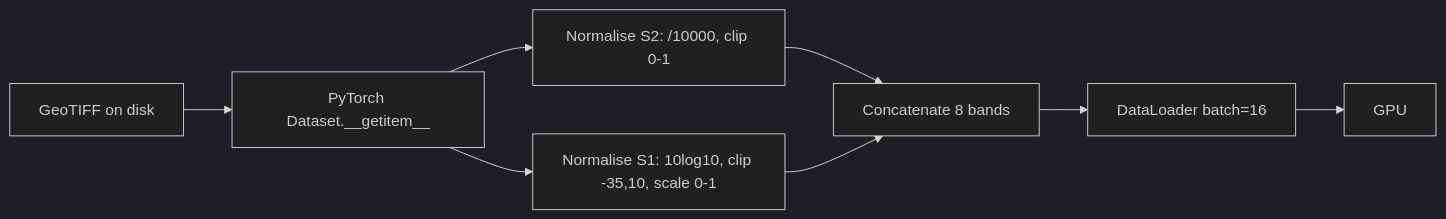
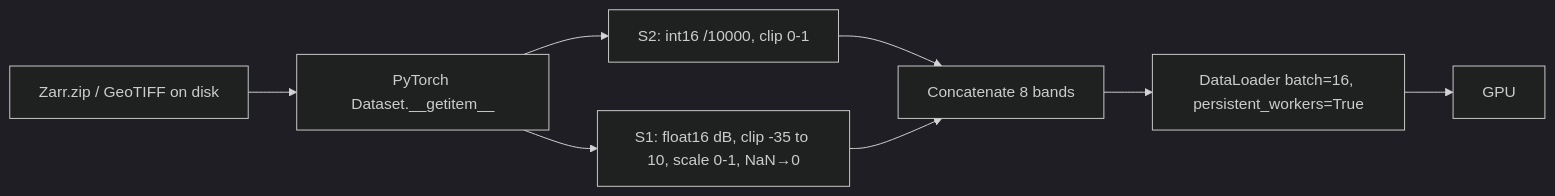
One commit to csiro-easi/easi-firescars changed the second of 2 diagrams in engineering-plan.md. Above: the diagram before and after it, drawn with Mermaid (dark theme). The commit also changed other lines of this file and 4 other files, not shown here.

````diff
--- a/engineering-plan.md
+++ b/engineering-plan.md
@@ -82,10 +86,10 @@
 ```mermaid
 flowchart LR
-    A[GeoTIFF on disk] --> B[PyTorch Dataset.__getitem__]
-    B --> C[Normalise S2: /10000, clip 0-1]
-    B --> D[Normalise S1: 10log10, clip -35,10, scale 0-1]
+    A[Zarr.zip / GeoTIFF on disk] --> B[PyTorch Dataset.__getitem__]
+    B --> C[S2: int16 /10000, clip 0-1]
+    B --> D[S1: float16 dB, clip -35 to 10, scale 0-1, NaN→0]
     C --> E[Concatenate 8 bands]
     D --> E
-    E --> F[DataLoader batch=16]
+    E --> F[DataLoader batch=16, persistent_workers=True]
     F --> G[GPU]
 ```
````
